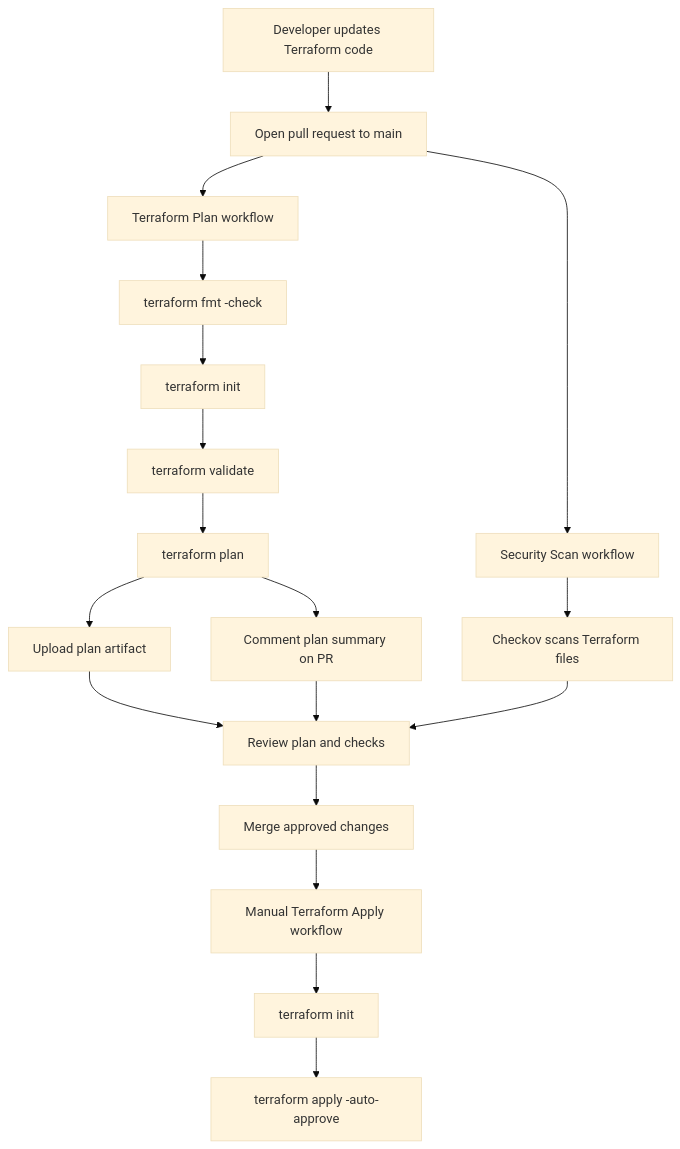
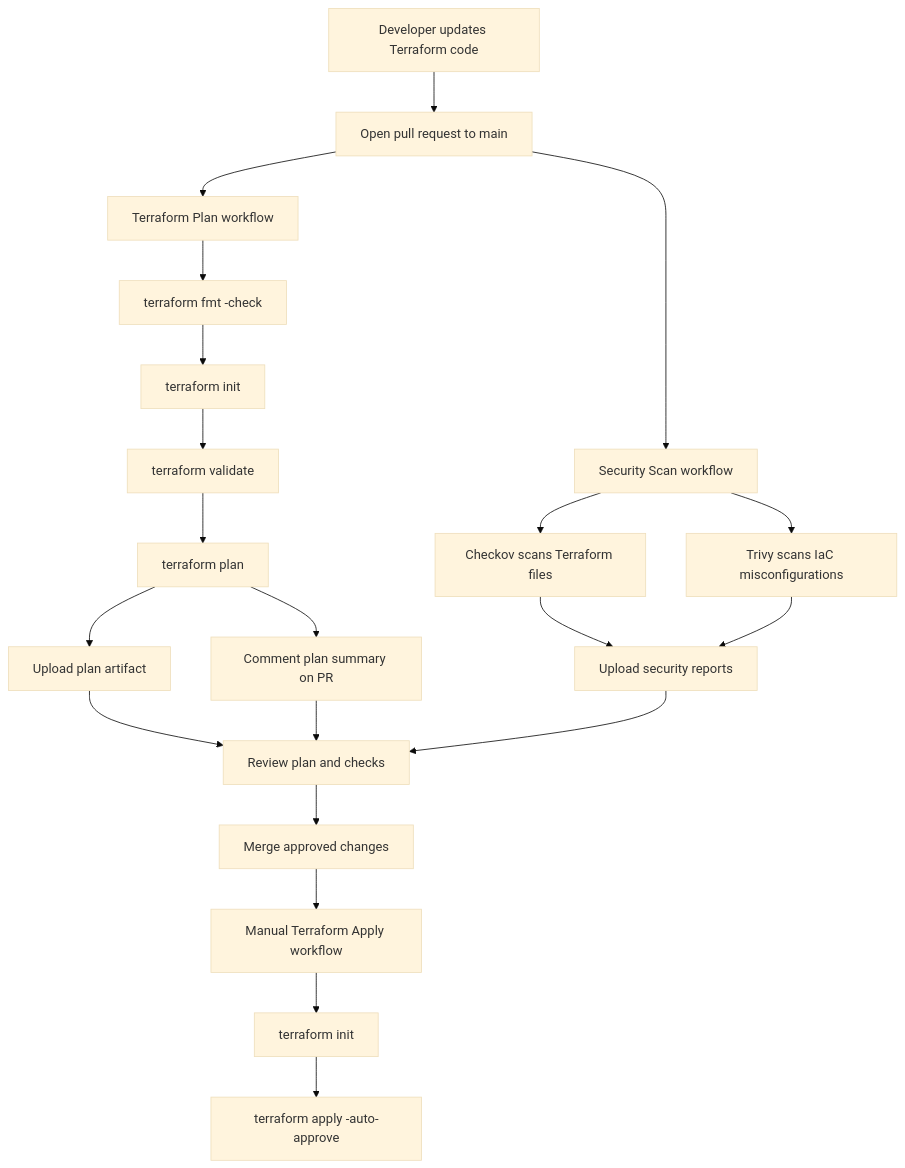
One commit to hatimabu/terraform-ci-cd-template changed the diagram in README.md. Above: the diagram before and after it, drawn with Mermaid (base theme). The commit also changed other lines of this file and 2 other files, not shown here.

Commit message:
security: add iac scanning and triage docs

````diff
--- a/README.md
+++ b/README.md
@@ -53,22 +54,25 @@
 ```mermaid
 flowchart TD
     A["Developer updates Terraform code"] --> B["Open pull request to main"]
     B --> C["Terraform Plan workflow"]
     C --> C1["terraform fmt -check"]
     C1 --> C2["terraform init"]
     C2 --> C3["terraform validate"]
     C3 --> C4["terraform plan"]
     C4 --> C5["Upload plan artifact"]
     C4 --> C6["Comment plan summary on PR"]
 
     B --> D["Security Scan workflow"]
     D --> D1["Checkov scans Terraform files"]
+    D --> D2["Trivy scans IaC misconfigurations"]
+    D1 --> D3["Upload security reports"]
+    D2 --> D3
 
     C5 --> E["Review plan and checks"]
     C6 --> E
-    D1 --> E
+    D3 --> E
     E --> F["Merge approved changes"]
     F --> G["Manual Terraform Apply workflow"]
     G --> G1["terraform init"]
     G1 --> G2["terraform apply -auto-approve"]
 ```
````
